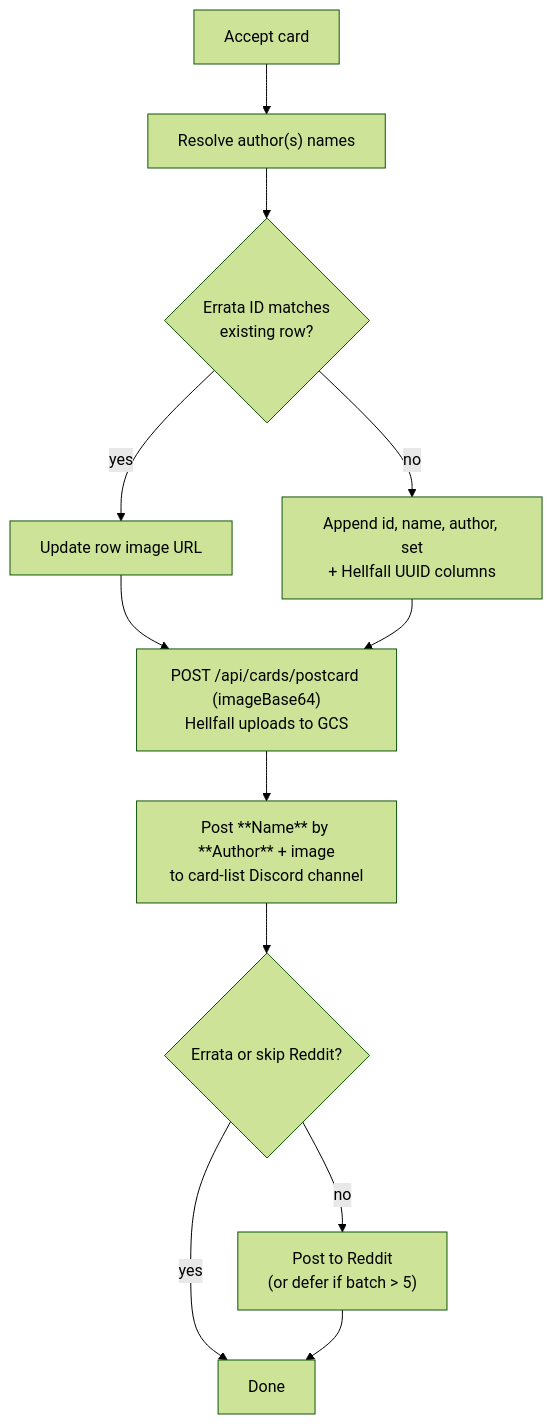
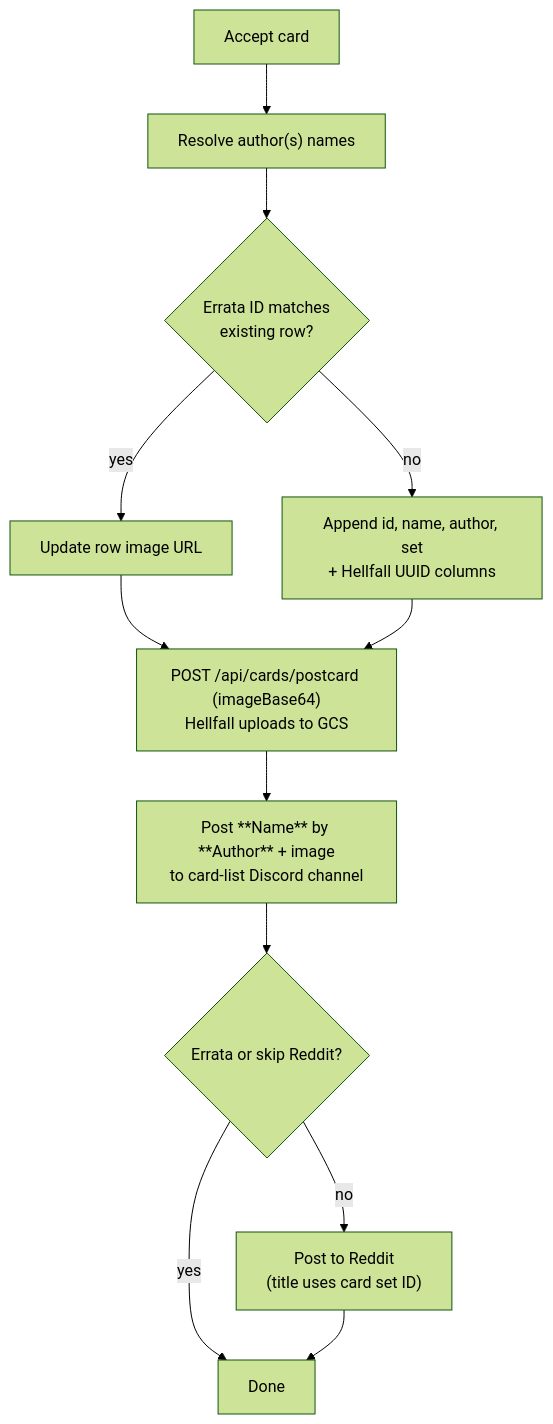
Before and after one commit to bones-bones/mork: the first of 2 diagrams in docs/card-flows/acceptance.md, drawn with Mermaid (forest theme). The commit also changed other lines of this file and 10 other files, not shown here.

First line of the commit message:
Use card set ID in Reddit titles and harden deferred overflow for Unicode names.

````diff
--- a/docs/card-flows/acceptance.md
+++ b/docs/card-flows/acceptance.md
@@ -9,16 +9,16 @@
 ```mermaid
 flowchart TD
   IN["Accept card"] --> RES["Resolve author(s) names"]
   RES --> ROW{"Errata ID matches<br/>existing row?"}
   ROW -->|yes| UPD["Update row image URL"]
   ROW -->|no| NEW["Append id, name, author, set<br/>+ Hellfall UUID columns"]
 
   UPD --> IMG
   NEW --> IMG
   IMG["POST /api/cards/postcard (imageBase64)<br/>Hellfall uploads to GCS"]
   IMG --> CL["Post **Name** by **Author** + image<br/>to card-list Discord channel"]
   CL --> RD{"Errata or skip Reddit?"}
-  RD -->|no| POST["Post to Reddit<br/>(or defer if batch > 5)"]
+  RD -->|no| POST["Post to Reddit<br/>(title uses card set ID)"]
   RD -->|yes| DONE["Done"]
   POST --> DONE
 ```
````
